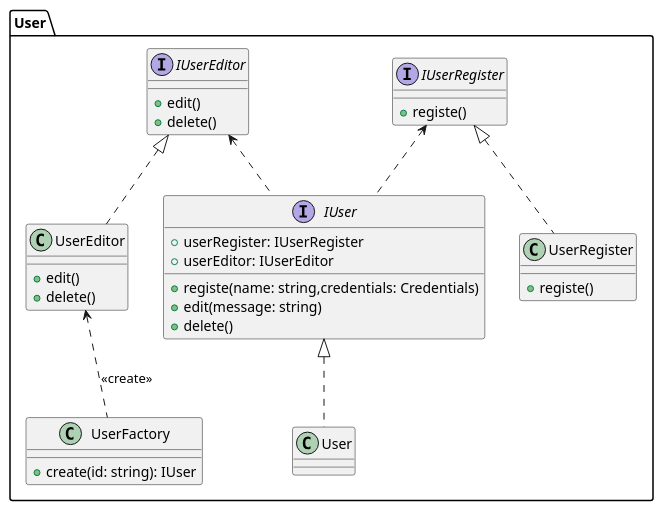
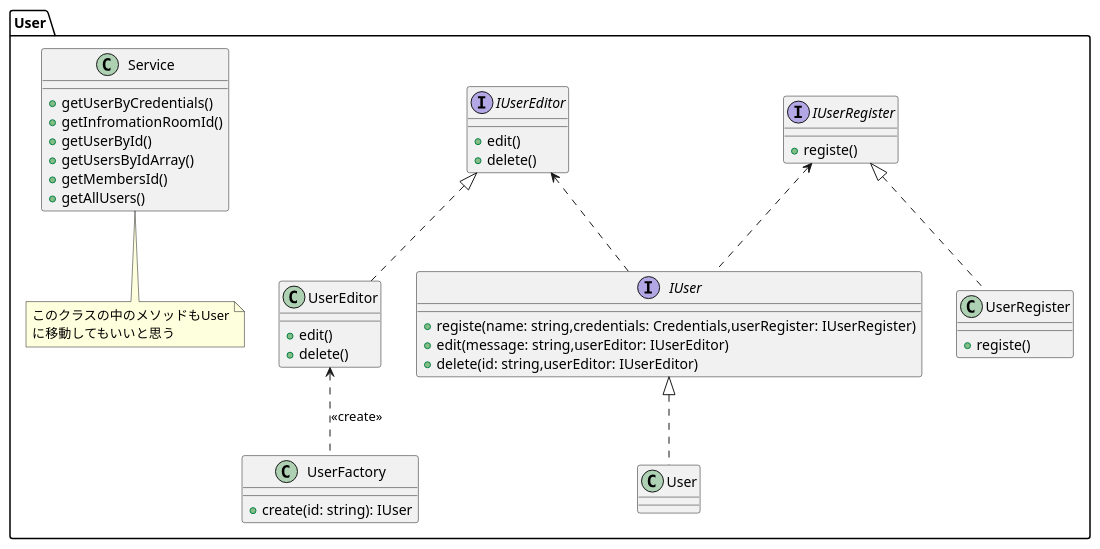
Before and after one commit to TOnodera/chatterman: the diagram in documents/plantUML/クラス図/サーバー/クラス図User.wsd, drawn with PlantUML.

Commit message:
サービスも移動出来そう

```diff
--- a/documents/plantUML/クラス図/サーバー/クラス図User.wsd
+++ b/documents/plantUML/クラス図/サーバー/クラス図User.wsd
@@ -1,46 +1,57 @@
 @startuml
 
 package User{
 
     interface IUser{
-        +userRegister: IUserRegister
-        +userEditor: IUserEditor
-        +registe(name: string,credentials: Credentials)
-        +edit(message: string)
-        +delete()
+        +registe(name: string,credentials: Credentials,userRegister: IUserRegister)
+        +edit(message: string,userEditor: IUserEditor)
+        +delete(id: string,userEditor: IUserEditor)
     }
 
     interface IUserRegister{
         +registe()
     }
 
     interface IUserEditor{
         +edit()
         +delete()
     }
 
     class UserRegister{
         +registe()
     }
 
     class UserEditor{
         +edit()
         +delete()
     }
 
     class UserFactory{
         +create(id: string): IUser
     }
 
     class User
 
+    class Service{
+        +getUserByCredentials()
+        +getInfromationRoomId()
+        +getUserById()
+        +getUsersByIdArray()
+        +getMembersId()
+        +getAllUsers()
+    } 
+    note bottom of Service
+    このクラスの中のメソッドもUser
+    に移動してもいいと思う
+     end note
+
     IUserEditor <|.. UserEditor
     IUserRegister <|.. UserRegister
     IUserRegister <.. IUser
     IUserEditor <.. IUser
     IUser <|.. User
     UserEditor <.. UserFactory: <<create>>
 
 }
 
 @enduml
```
